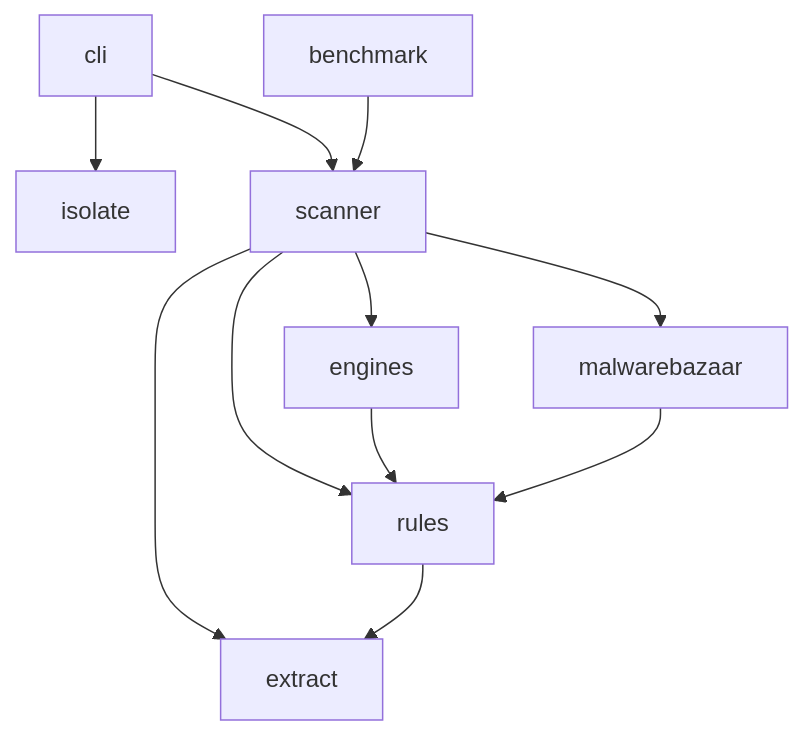
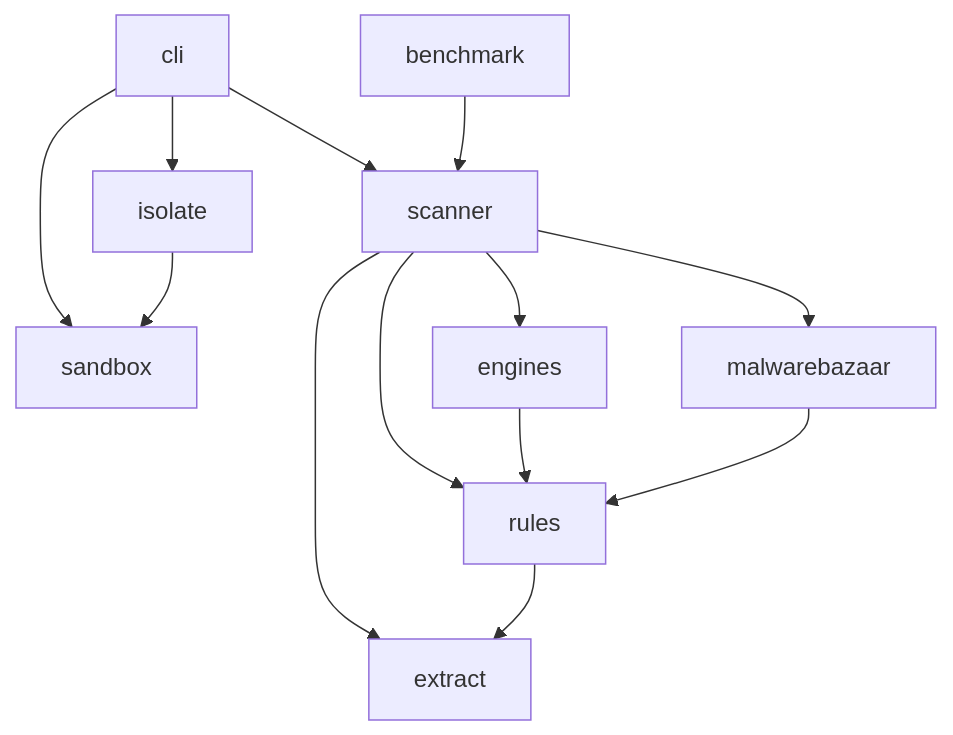
One commit to nakame9/archive-guard changed the first of 2 diagrams in docs/ARCHITECTURE.md. Above: the diagram before and after it, drawn with Mermaid. The commit also changed other lines of this file and 14 other files, not shown here.

````diff
--- a/docs/ARCHITECTURE.md
+++ b/docs/ARCHITECTURE.md
@@ -29,13 +31,15 @@
 ```mermaid
 flowchart TD
     cli --> isolate
+    cli --> sandbox
+    isolate --> sandbox
     cli --> scanner
     benchmark --> scanner
     scanner --> extract
     scanner --> rules
     scanner --> engines
     scanner --> malwarebazaar
     engines --> rules
     malwarebazaar --> rules
     rules --> extract
 ```
````
